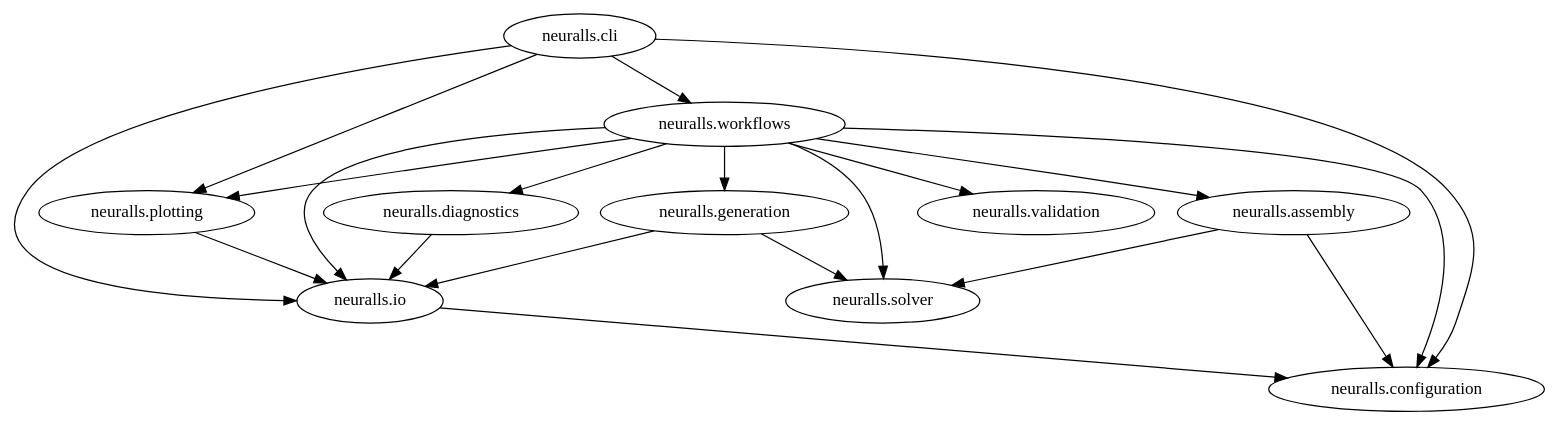
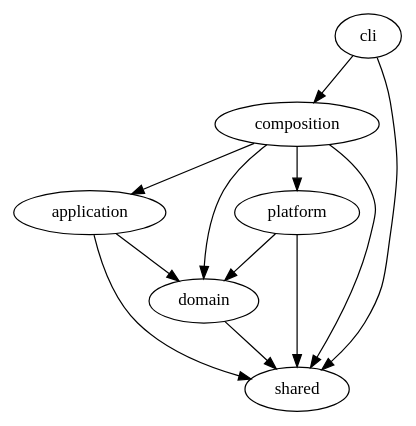
The diagram in docs/neuralls/diagrams/overview.dot (constatza/dl-experiments), drawn with Graphviz before and after one commit. The commit also changed 388 other files, not shown here.

First line of the commit message:
refactor(architecture): enforce six-layer package boundaries

```diff
--- a/docs/neuralls/diagrams/overview.dot
+++ b/docs/neuralls/diagrams/overview.dot
@@ -1,31 +1,19 @@
-strict digraph {
-"neuralls.cli";
-"neuralls.configuration";
-"neuralls.io";
-"neuralls.plotting";
-"neuralls.workflows";
-"neuralls.assembly";
-"neuralls.diagnostics";
-"neuralls.generation";
-"neuralls.solver";
-"neuralls.validation";
-"neuralls.cli" -> "neuralls.configuration";
-"neuralls.cli" -> "neuralls.io";
-"neuralls.cli" -> "neuralls.plotting";
-"neuralls.cli" -> "neuralls.workflows";
-"neuralls.io" -> "neuralls.configuration";
-"neuralls.plotting" -> "neuralls.io";
-"neuralls.workflows" -> "neuralls.assembly";
-"neuralls.workflows" -> "neuralls.configuration";
-"neuralls.workflows" -> "neuralls.diagnostics";
-"neuralls.workflows" -> "neuralls.generation";
-"neuralls.workflows" -> "neuralls.io";
-"neuralls.workflows" -> "neuralls.plotting";
-"neuralls.workflows" -> "neuralls.solver";
-"neuralls.workflows" -> "neuralls.validation";
-"neuralls.assembly" -> "neuralls.configuration";
-"neuralls.assembly" -> "neuralls.solver";
-"neuralls.diagnostics" -> "neuralls.io";
-"neuralls.generation" -> "neuralls.io";
-"neuralls.generation" -> "neuralls.solver";
+digraph {
+"neuralls.application" [label="application"];
+"neuralls.cli" [label="cli"];
+"neuralls.composition" [label="composition"];
+"neuralls.domain" [label="domain"];
+"neuralls.platform" [label="platform"];
+"neuralls.shared" [label="shared"];
+"neuralls.application" -> "neuralls.domain";
+"neuralls.application" -> "neuralls.shared";
+"neuralls.cli" -> "neuralls.composition";
+"neuralls.cli" -> "neuralls.shared";
+"neuralls.composition" -> "neuralls.application";
+"neuralls.composition" -> "neuralls.domain";
+"neuralls.composition" -> "neuralls.platform";
+"neuralls.composition" -> "neuralls.shared";
+"neuralls.domain" -> "neuralls.shared";
+"neuralls.platform" -> "neuralls.domain";
+"neuralls.platform" -> "neuralls.shared";
 }
```
